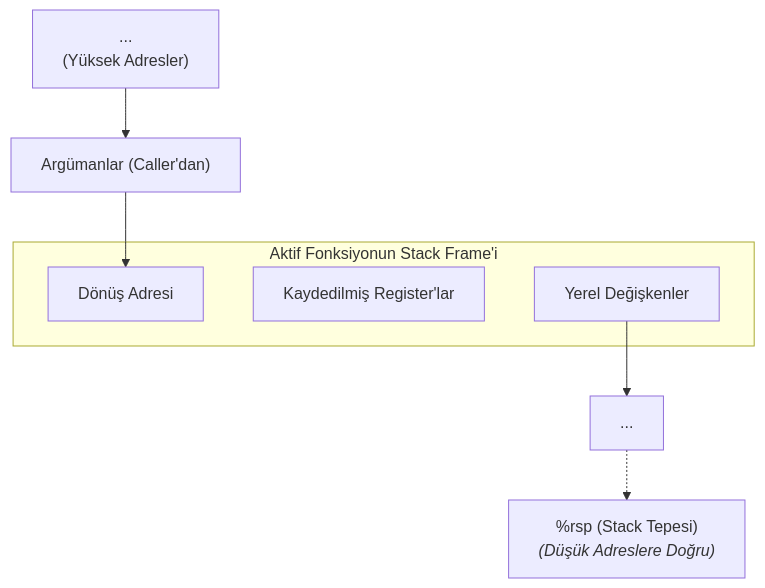
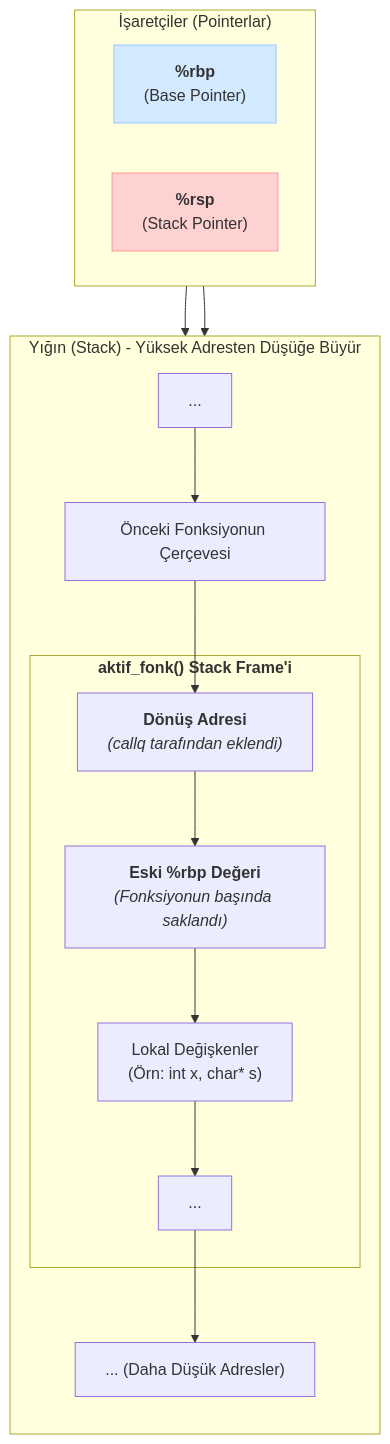
The second of 2 diagrams in system-programming/05-aritmetik-ve-kontrol-akisi.md (tozenbilek/tozenbilek.github.io), drawn with Mermaid before and after one commit. The commit also changed other lines of this file, not shown here.

````diff
--- a/system-programming/05-aritmetik-ve-kontrol-akisi.md
+++ b/system-programming/05-aritmetik-ve-kontrol-akisi.md
@@ -102,18 +136,28 @@
 ```mermaid
 graph TD
-    A["...<br>(Yüksek Adresler)"]
-    B["Argümanlar (Caller'dan)"]
+    subgraph "Yığın (Stack) - Yüksek Adresten Düşüğe Büyür"
+        direction TB
+        A["..."]
+        B["Önceki Fonksiyonun Çerçevesi"]
+        
+        subgraph "<b>aktif_fonk() Stack Frame'i</b>"
+            C["<b>Dönüş Adresi</b><br><i>(callq tarafından eklendi)</i>"]
+            D["<b>Eski %rbp Değeri</b><br><i>(Fonksiyonun başında saklandı)</i>"]
+            E["Lokal Değişkenler<br>(Örn: int x, char* s)"]
+            F["..."]
+        end
+        
+        G["... (Daha Düşük Adresler)"]
+    end
     
-    subgraph "Aktif Fonksiyonun Stack Frame'i"
-        C["Dönüş Adresi"]
-        D["Kaydedilmiş Register'lar"]
-        E["Yerel Değişkenler"]
+    A --> B --> C --> D --> E --> F --> G
+
+    subgraph "İşaretçiler (Pointerlar)"
+        direction LR
+        RBP["<b>%rbp</b><br>(Base Pointer)"] --> D
+        RSP["<b>%rsp</b><br>(Stack Pointer)"] --> F
     end
-
-    F["..."]
-    G["%rsp (Stack Tepesi)<br><i>(Düşük Adreslere Doğru)</i>"]
-
-    A --> B --> C
-    E --> F
-    F -.-> G
+    
+    style RBP fill:#D2E9FF,stroke:#99C7FF
+    style RSP fill:#FFD2D2,stroke:#FF9999
 ```
````
